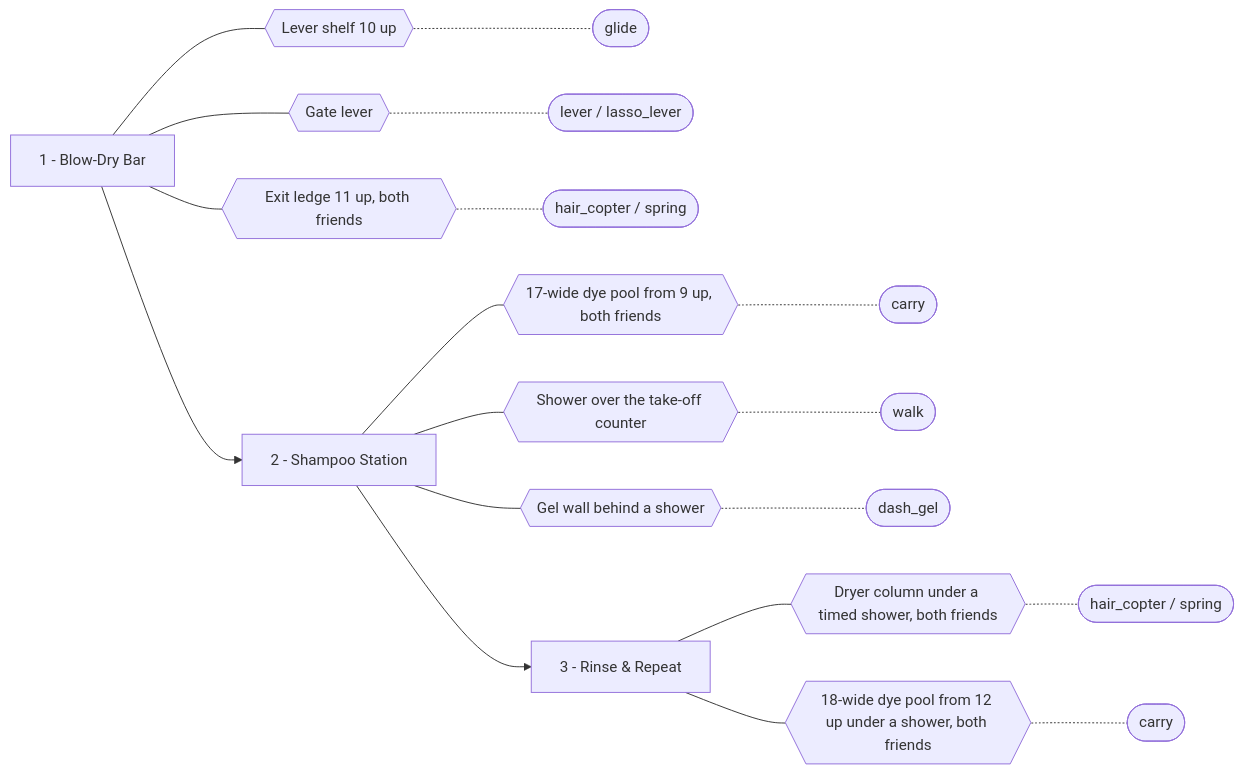
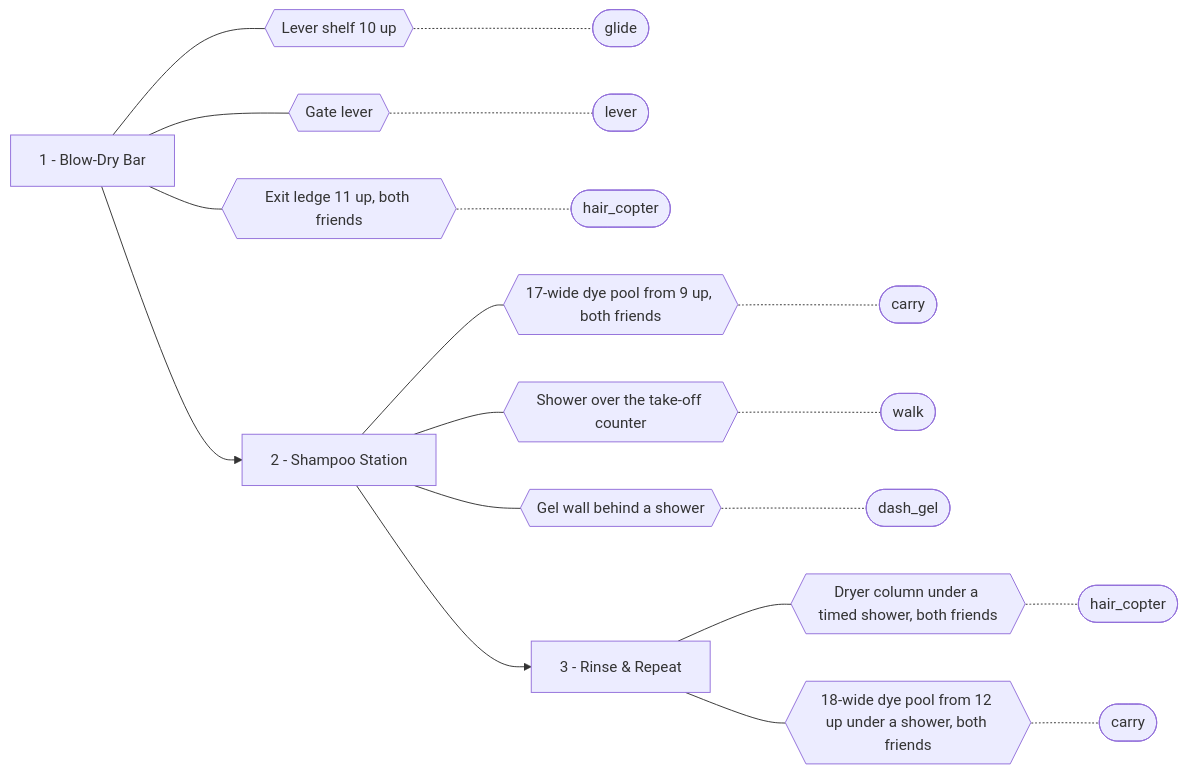
The third of 4 diagrams in docs/levels/gate_graph.md (ZSYUYIIE/ohnomyhair), drawn with Mermaid before and after one commit. The commit also changed other lines of this file and 75 other files, not shown here.

````diff
--- a/docs/levels/gate_graph.md
+++ b/docs/levels/gate_graph.md
@@ -69,24 +69,24 @@
 ```mermaid
 flowchart LR
   R0["1 - Blow-Dry Bar"]
   R0 --- G0_0{{"Lever shelf 10 up"}}
   G0_0 -.- V0_0(["glide"])
   R0 --- G0_1{{"Gate lever"}}
-  G0_1 -.- V0_1(["lever / lasso_lever"])
+  G0_1 -.- V0_1(["lever"])
   R0 --- G0_2{{"Exit ledge 11 up, both friends"}}
-  G0_2 -.- V0_2(["hair_copter / spring"])
+  G0_2 -.- V0_2(["hair_copter"])
   R1["2 - Shampoo Station"]
   R0 --> R1
   R1 --- G1_0{{"17-wide dye pool from 9 up, both friends"}}
   G1_0 -.- V1_0(["carry"])
   R1 --- G1_1{{"Shower over the take-off counter"}}
   G1_1 -.- V1_1(["walk"])
   R1 --- G1_2{{"Gel wall behind a shower"}}
   G1_2 -.- V1_2(["dash_gel"])
   R2["3 - Rinse & Repeat"]
   R1 --> R2
   R2 --- G2_0{{"Dryer column under a timed shower, both friends"}}
-  G2_0 -.- V2_0(["hair_copter / spring"])
+  G2_0 -.- V2_0(["hair_copter"])
   R2 --- G2_1{{"18-wide dye pool from 12 up under a shower, both friends"}}
   G2_1 -.- V2_1(["carry"])
 ```
````
